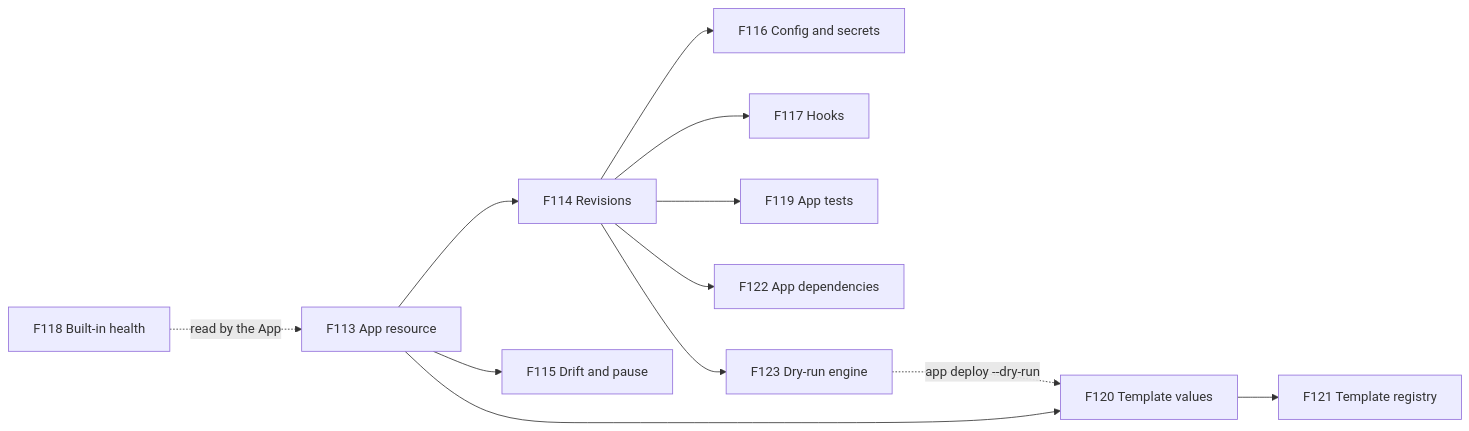
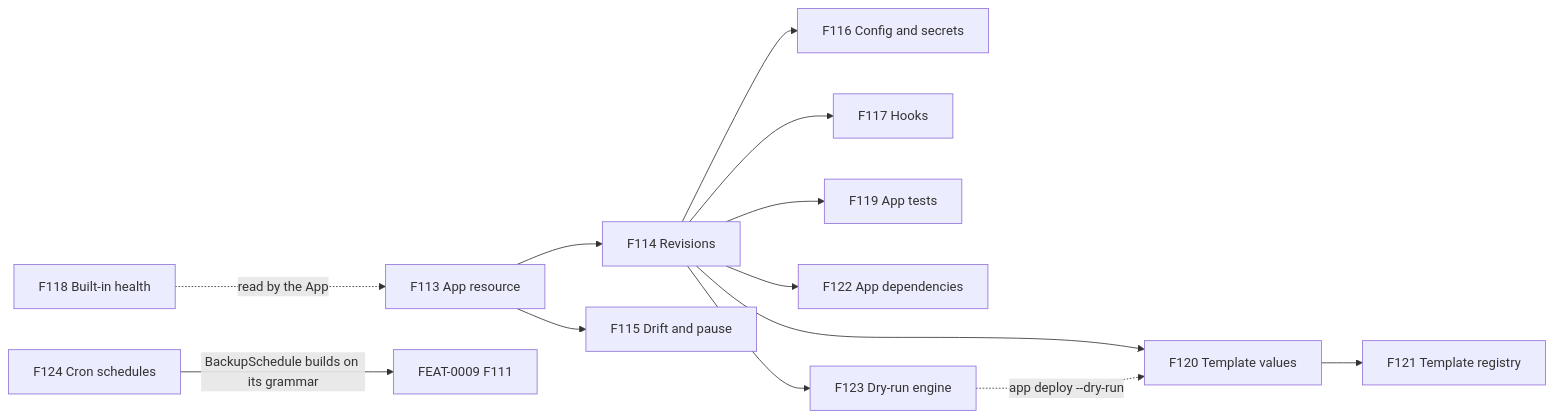
Before and after one commit to pyvvo/funcd: the first of 7 diagrams in docs/feat/0010-feat-apps.md, drawn with Mermaid. The commit also changed other lines of this file and 22 other files, not shown here.

````diff
--- a/docs/feat/0010-feat-apps.md
+++ b/docs/feat/0010-feat-apps.md
@@ -48,14 +50,15 @@
 ```mermaid
 flowchart LR
     F113["F113 App resource"] --> F114["F114 Revisions"]
     F113 --> F115["F115 Drift and pause"]
     F114 --> F116["F116 Config and secrets"]
     F114 --> F117["F117 Hooks"]
     F114 --> F119["F119 App tests"]
     F114 --> F122["F122 App dependencies"]
-    F113 --> F120["F120 Template values"]
+    F114 --> F120["F120 Template values"]
     F120 --> F121["F121 Template registry"]
     F118["F118 Built-in health"] -.->|"read by the App"| F113
     F114 --> F123["F123 Dry-run engine"]
     F123 -.->|"app deploy --dry-run"| F120
+    F124["F124 Cron schedules"] -->|"BackupSchedule builds on its grammar"| F111["FEAT-0009 F111"]
 ```
````
